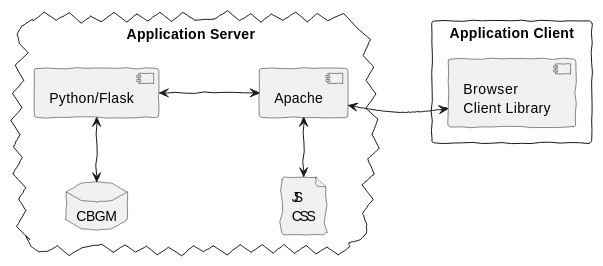
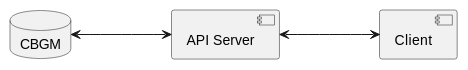
The second of 2 diagrams in doc_src/intro.rst (cceh/ntg), drawn with PlantUML before and after one commit. The commit also changed other lines of this file and 67 other files, not shown here.

```diff
--- a/doc_src/intro.rst
+++ b/doc_src/intro.rst
@@ -63,24 +61,13 @@
 .. uml::
    :align: center
    :caption: Online Application
 
-   skinparam handwritten true
    skinparam NodeSep 100
    skinparam RankSep 50
 
-   cloud "Application Server\n" as server {
-      database "CBGM"
-      [Python/Flask] as Flask
-      file "JS\nCSS" AS JS
-      [Apache]
+   database "CBGM"
+   [API Server] as api
+   [Client] as client
 
-      [Flask]  <--> CBGM
-      [Flask]  <-> [Apache]
-      [Apache]  <--> JS
-   }
-
-   rectangle "Application Client" as client {
-      [Browser\nClient Library] as Browser
-   }
-
-   [Apache] <-> [Browser]
+   CBGM  <-> api
+   api <-> client
```
